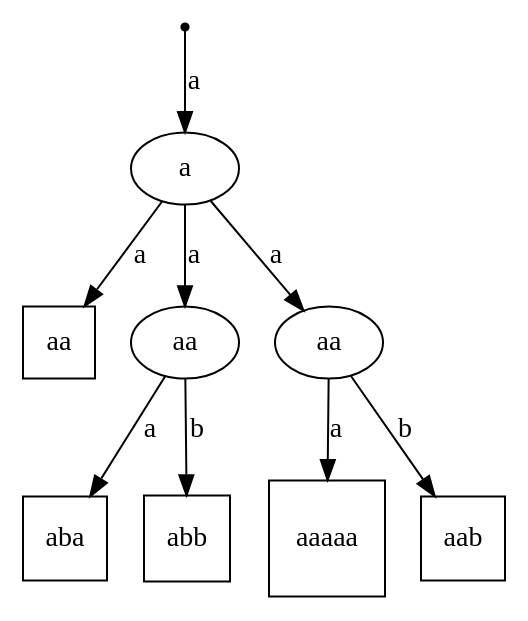
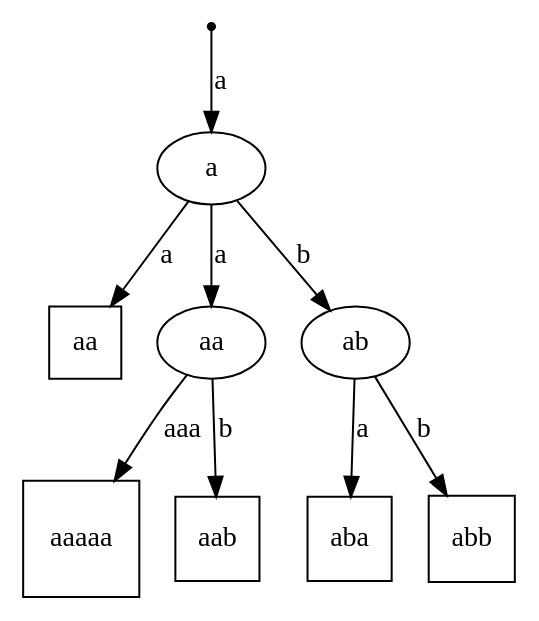
The diagram in notes/nameOfGraph2.dot (mhhf/redisc-whitepaper), drawn with Graphviz before and after one commit. The commit also changed 18 other files, not shown here.

```diff
--- a/notes/nameOfGraph2.dot
+++ b/notes/nameOfGraph2.dot
@@ -1,1 +1,1 @@
-digraph nameOfGraph2 { aaaaa, aab, aba, abb, aa_1 [shape=square]; aa_1, aa_2 [label=aa]; start [shape=point]; start-> a[label=a]; a -> aa[label=a]; a -> aa_1[label=a]; a -> aa_2[label=a]; aa -> aaaaa[label=a]; aa -> aab[label=b]; aa_2 -> aba[label=a]; aa_2 -> abb[label=b]; }
+digraph nameOfGraph2 { aaaaa, aab, aba, abb, aa_1 [shape=square]; aa_1 [label=aa]; aa_2 [label=aa]; start [shape=point]; start-> a[label=a]; a -> ab[label=b]; a -> aa_1[label=a]; a -> aa_2[label=a]; aa_2 -> aaaaa[label=aaa]; aa_2 -> aab[label=b]; ab -> aba[label=a]; ab -> abb[label=b]; }
```
